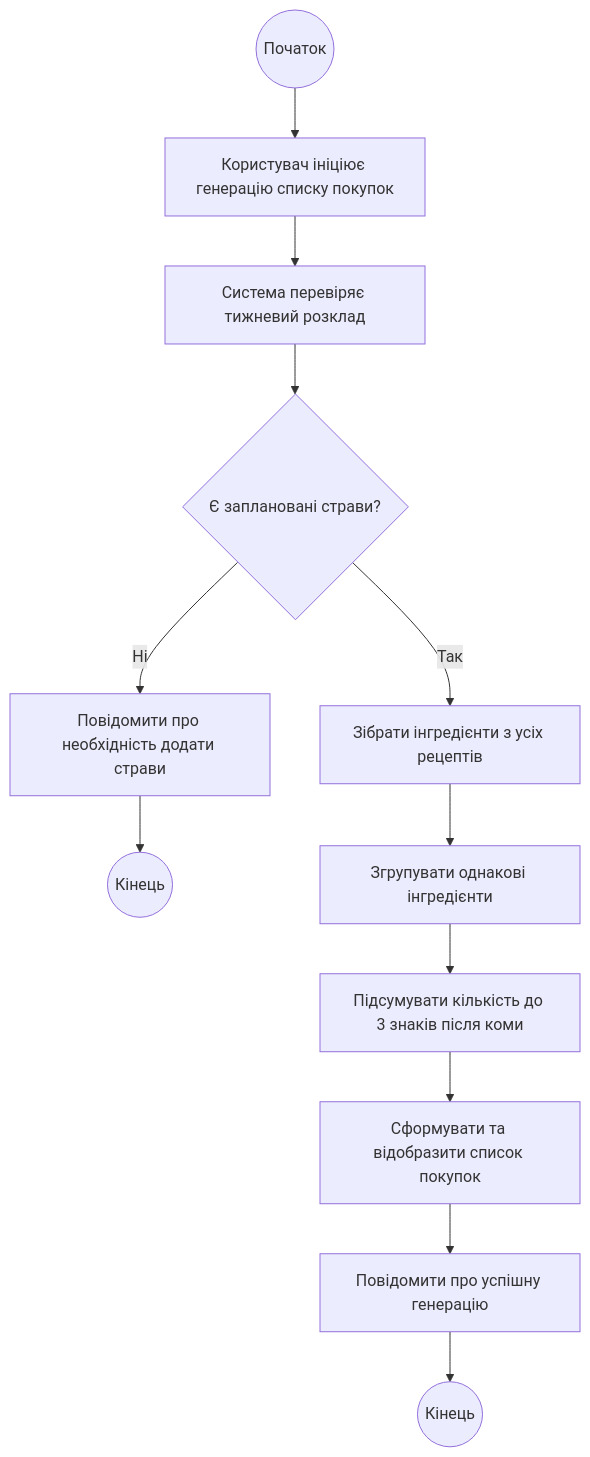
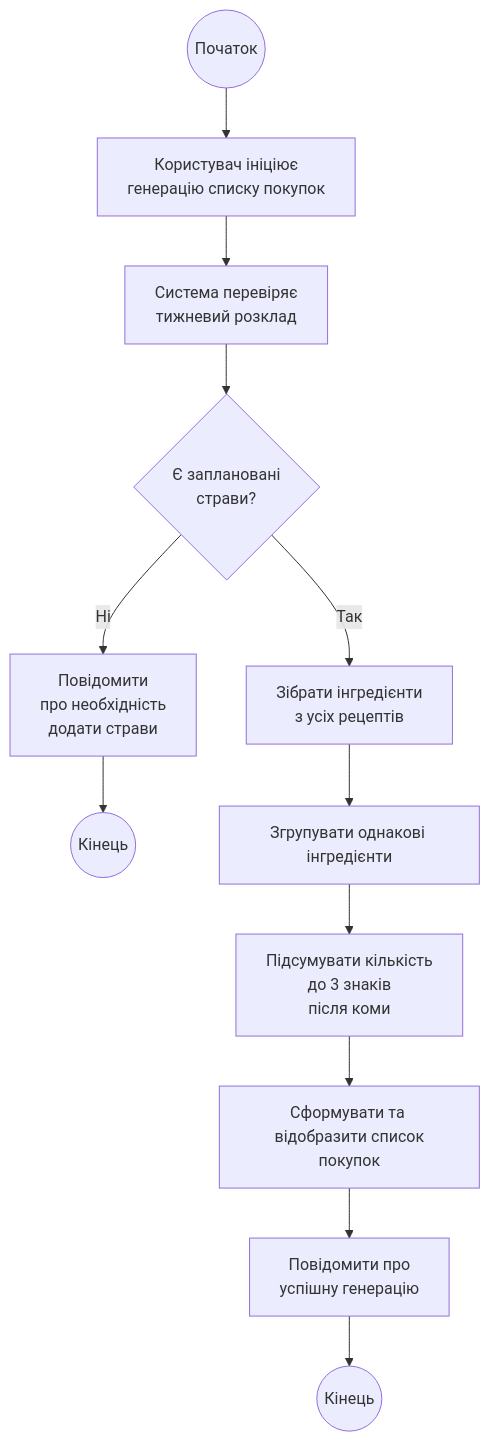
The diagram in model/activity-uc-07.md (lvovasofia/TRPZ_LAB_TR-42), drawn with Mermaid before and after one commit. The commit also changed other lines of this file and 1 other file, not shown here.

Commit message:
Додано зміни в діаграми

````diff
--- a/model/activity-uc-07.md
+++ b/model/activity-uc-07.md
@@ -5,16 +5,16 @@
 ```mermaid
 flowchart TD
-    A((Початок)) --> B[Користувач ініціює генерацію списку покупок]
-    B --> C[Система перевіряє тижневий розклад]
-    C --> D{Є заплановані страви?}
+    A((Початок)) --> B[Користувач ініціює<br/>генерацію списку покупок]
+    B --> C[Система перевіряє <br/> тижневий розклад]
+    C --> D{Є заплановані <br/> страви?}
 
-    D -- Ні --> E[Повідомити про необхідність додати страви]
+    D -- Ні --> E[Повідомити <br/> про необхідність <br/> додати страви]
     E --> F((Кінець))
 
-    D -- Так --> G[Зібрати інгредієнти з усіх рецептів]
+    D -- Так --> G[Зібрати інгредієнти <br/> з усіх рецептів]
     G --> H[Згрупувати однакові інгредієнти]
-    H --> I[Підсумувати кількість до 3 знаків після коми]
-    I --> J[Сформувати та відобразити список покупок]
-    J --> K[Повідомити про успішну генерацію]
+    H --> I[Підсумувати кількість <br/> до 3 знаків <br/> після коми]
+    I --> J[Сформувати та <br/> відобразити список покупок]
+    J --> K[Повідомити про <br/> успішну генерацію]
     K --> L((Кінець))
 ```
````
